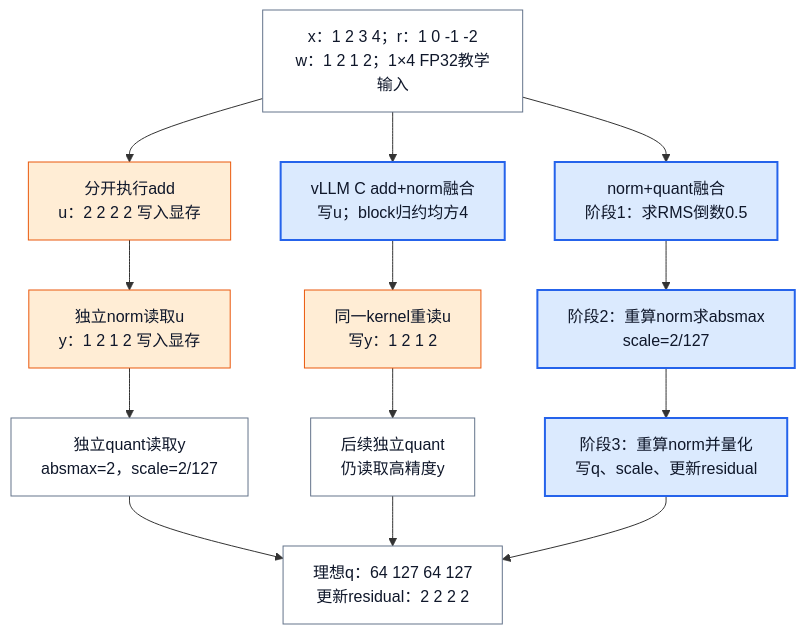
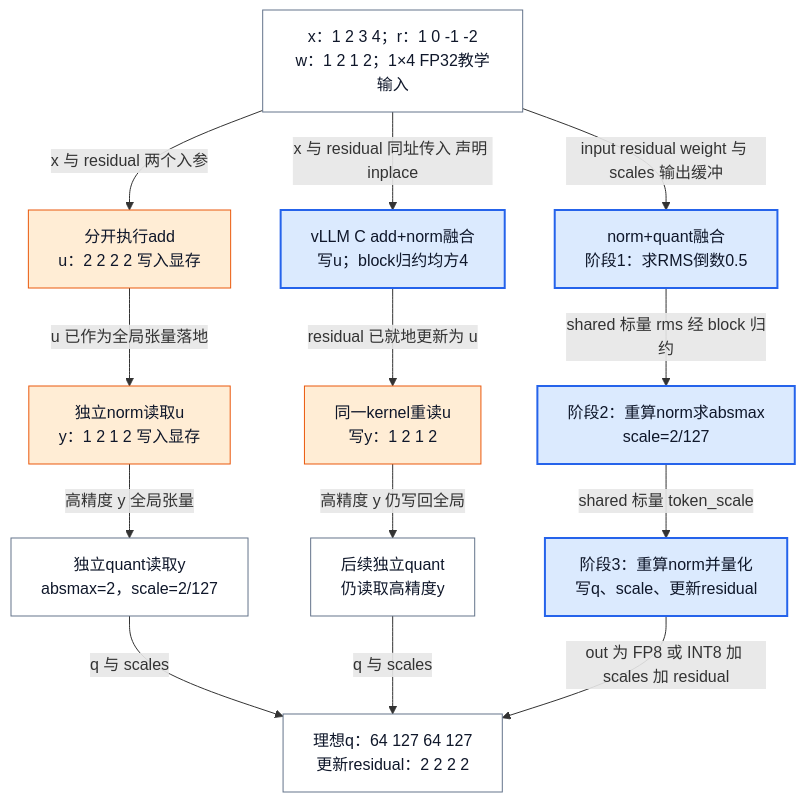
Before and after one commit to suhaibo666/llm-knowledge: the first of 3 diagrams in wiki/02_engineering/03_infer_frameworks/vllm/20_vllm_fused_ops_and_kernels_analysis.md, drawn with Mermaid. The commit also changed other lines of this file and 89 other files, not shown here.

````diff
--- a/wiki/02_engineering/03_infer_frameworks/vllm/20_vllm_fused_ops_and_kernels_analysis.md
+++ b/wiki/02_engineering/03_infer_frameworks/vllm/20_vllm_fused_ops_and_kernels_analysis.md
@@ -37,22 +51,22 @@
 ```mermaid
 flowchart TB
     I["x：1 2 3 4；r：1 0 -1 -2<br/>w：1 2 1 2；1×4 FP32教学输入"]
-    I --> A["分开执行add<br/>u：2 2 2 2 写入显存"]
-    A --> N["独立norm读取u<br/>y：1 2 1 2 写入显存"]
-    N --> Q["独立quant读取y<br/>absmax=2，scale=2/127"]
-    I --> F["vLLM C add+norm融合<br/>写u；block归约均方4"]
-    F --> FR["同一kernel重读u<br/>写y：1 2 1 2"]
-    FR --> FQ["后续独立quant<br/>仍读取高精度y"]
-    I --> T["norm+quant融合<br/>阶段1：求RMS倒数0.5"]
-    T --> S["阶段2：重算norm求absmax<br/>scale=2/127"]
-    S --> W["阶段3：重算norm并量化<br/>写q、scale、更新residual"]
-    Q --> O["理想q：64 127 64 127<br/>更新residual：2 2 2 2"]
-    FQ --> O
-    W --> O
+    I -->|x 与 residual 两个入参| A["分开执行add<br/>u：2 2 2 2 写入显存"]
+    A -->|u 已作为全局张量落地| N["独立norm读取u<br/>y：1 2 1 2 写入显存"]
+    N -->|高精度 y 全局张量| Q["独立quant读取y<br/>absmax=2，scale=2/127"]
+    I -->|x 与 residual 同址传入 声明 inplace| F["vLLM C add+norm融合<br/>写u；block归约均方4"]
+    F -->|residual 已就地更新为 u| FR["同一kernel重读u<br/>写y：1 2 1 2"]
+    FR -->|高精度 y 仍写回全局| FQ["后续独立quant<br/>仍读取高精度y"]
+    I -->|input residual weight 与 scales 输出缓冲| T["norm+quant融合<br/>阶段1：求RMS倒数0.5"]
+    T -->|shared 标量 rms 经 block 归约| S["阶段2：重算norm求absmax<br/>scale=2/127"]
+    S -->|shared 标量 token_scale| W["阶段3：重算norm并量化<br/>写q、scale、更新residual"]
+    Q -->|q 与 scales| O["理想q：64 127 64 127<br/>更新residual：2 2 2 2"]
+    FQ -->|q 与 scales| O
+    W -->|out 为 FP8 或 INT8 加 scales 加 residual| O
     classDef neutral fill:#ffffff,stroke:#64748b,color:#0f172a
     classDef acc1 fill:#dbeafe,stroke:#2563eb,color:#0f172a,stroke-width:2px
     classDef acc2 fill:#ffedd5,stroke:#ea580c,color:#0f172a
     class I,Q,FQ,O neutral
     class F,T,S,W acc1
     class A,N,FR acc2
 ```
````
